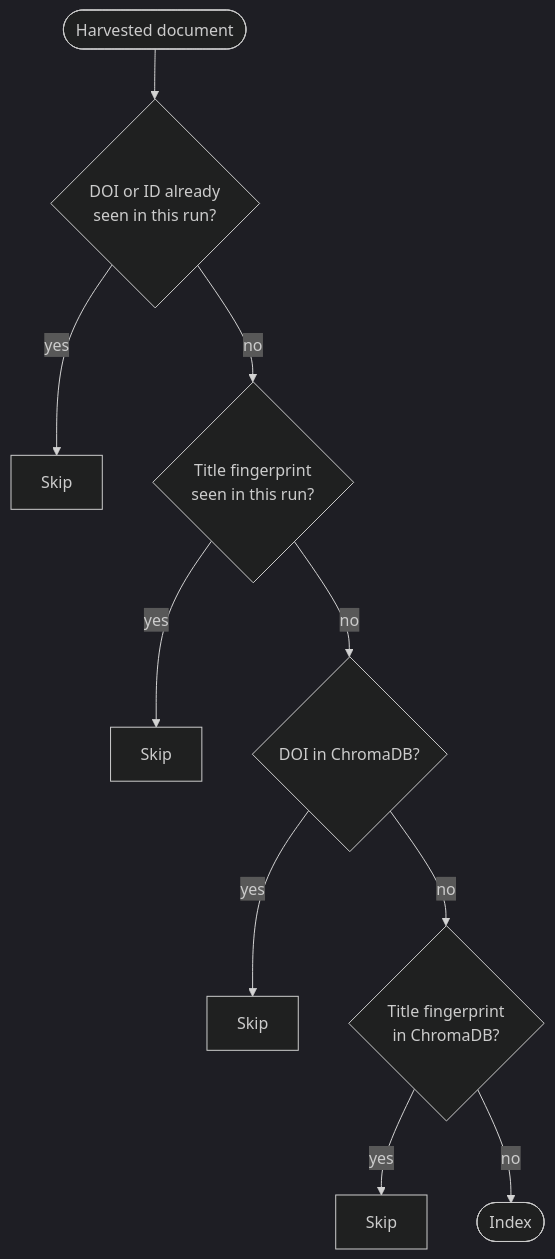
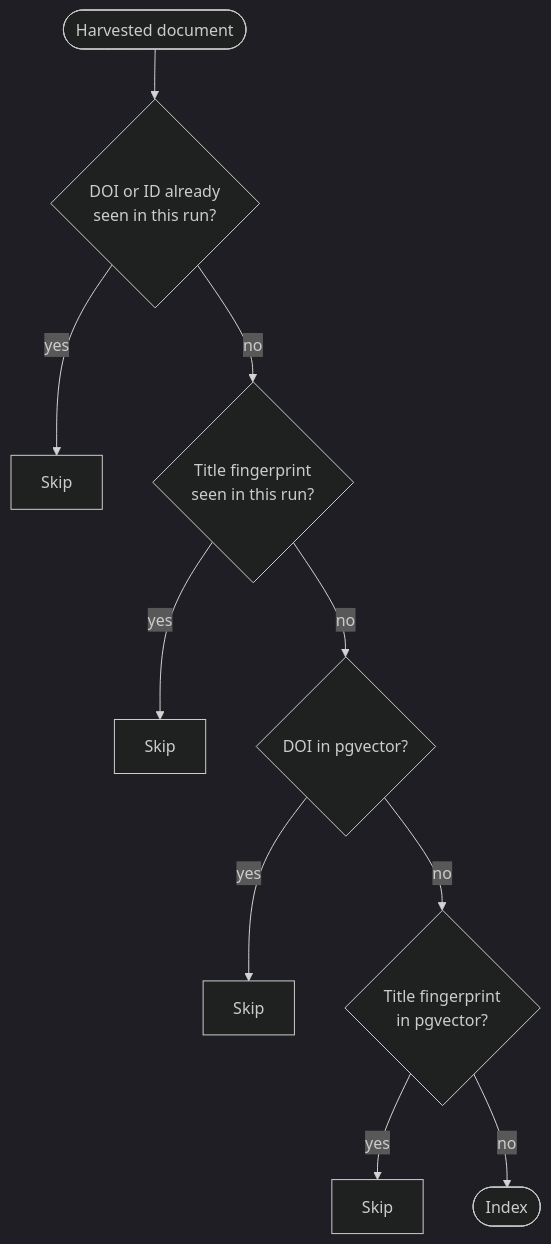
Before and after one commit to Rahul-8283/AURA_Data_Driven: diagram 11 of 27 in README.md, drawn with Mermaid (dark theme). The commit also changed other lines of this file and 3 other files, not shown here.

First line of the commit message:
docs: document pgvector storage and remove ChromaDB references

````diff
--- a/README.md
+++ b/README.md
@@ -565,12 +562,12 @@
 ```mermaid
 flowchart TD
     d(["Harvested document"]) --> a{"DOI or ID already<br/>seen in this run?"}
     a -->|"yes"| s1["Skip"]
     a -->|"no"| b{"Title fingerprint<br/>seen in this run?"}
     b -->|"yes"| s2["Skip"]
-    b -->|"no"| c{"DOI in ChromaDB?"}
+    b -->|"no"| c{"DOI in pgvector?"}
     c -->|"yes"| s3["Skip"]
-    c -->|"no"| e{"Title fingerprint<br/>in ChromaDB?"}
+    c -->|"no"| e{"Title fingerprint<br/>in pgvector?"}
     e -->|"yes"| s4["Skip"]
     e -->|"no"| i(["Index"])
 ```
````
